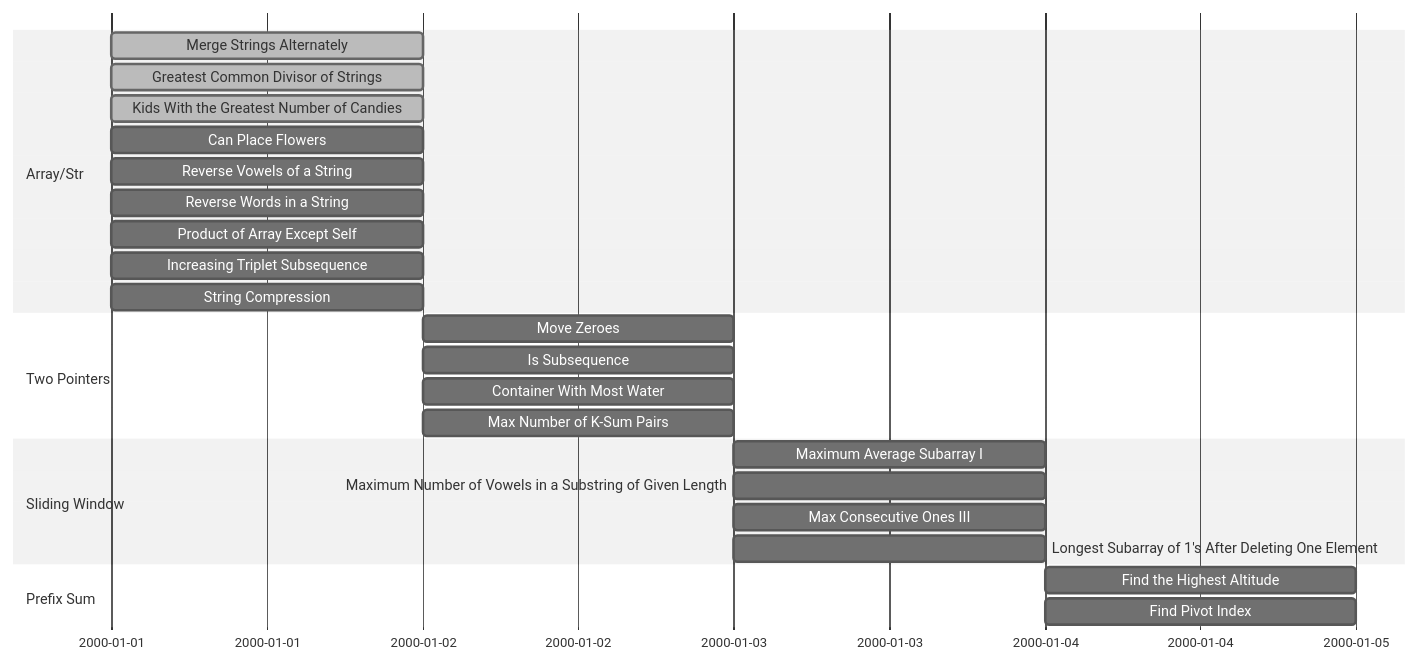
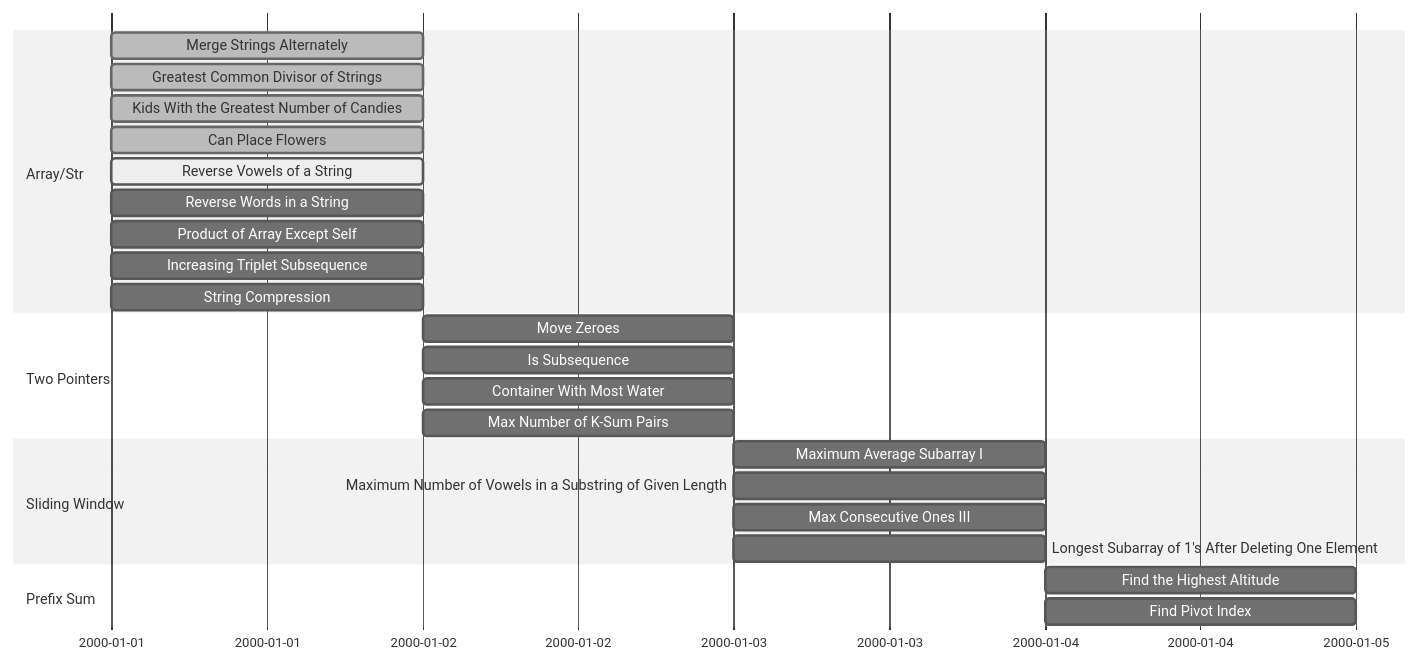
Before and after one commit to kizzandev/LeetCode: the second of 3 diagrams in README.md, drawn with Mermaid (neutral theme). The commit also changed 4 other files, not shown here.

Commit message:
Solution LeetCode 75: can_place_flowers

````diff
--- a/README.md
+++ b/README.md
@@ -30,29 +30,29 @@
 ```mermaid
 gantt
     section Array/Str
     Merge Strings Alternately               : done,   a0, 2000-01-01, 1d
     Greatest Common Divisor of Strings      : done,   a,  2000-01-01, 1d
     Kids With the Greatest Number of Candies: done,   a,  2000-01-01, 1d
-    Can Place Flowers                       : active  a,  2000-01-01, 1d
-    Reverse Vowels of a String              :         a,  2000-01-01, 1d
+    Can Place Flowers                       : done,   a,  2000-01-01, 1d
+    Reverse Vowels of a String              : active, a,  2000-01-01, 1d
     Reverse Words in a String               :         a,  2000-01-01, 1d
     Product of Array Except Self            :         a,  2000-01-01, 1d
     Increasing Triplet Subsequence          :         a,  2000-01-01, 1d
     String Compression                      :         a,  2000-01-01, 1d
 
     section Two Pointers
     Move Zeroes              :         a1, after a0, 1d
     Is Subsequence           :         a , after a0, 1d
     Container With Most Water:         a , after a0, 1d
     Max Number of K-Sum Pairs:         a , after a0, 1d
 
     section Sliding Window
     Maximum Average Subarray I                             :         a2, after a1, 1d
     Maximum Number of Vowels in a Substring of Given Length:         a , after a1, 1d
     Max Consecutive Ones III                               :         a , after a1, 1d
     Longest Subarray of 1's After Deleting One Element     :         a , after a1, 1d
 
     section Prefix Sum
     Find the Highest Altitude:         a3, after a2, 1d
     Find Pivot Index         :         a , after a2, 1d
 ```
````
